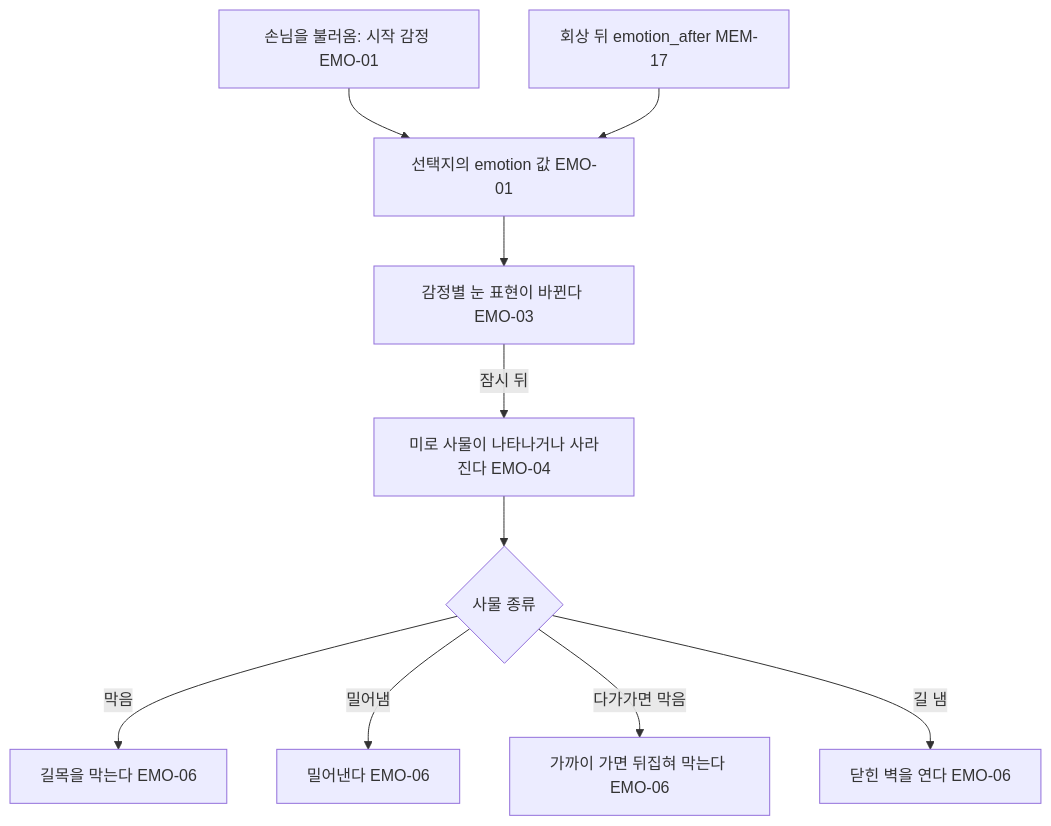
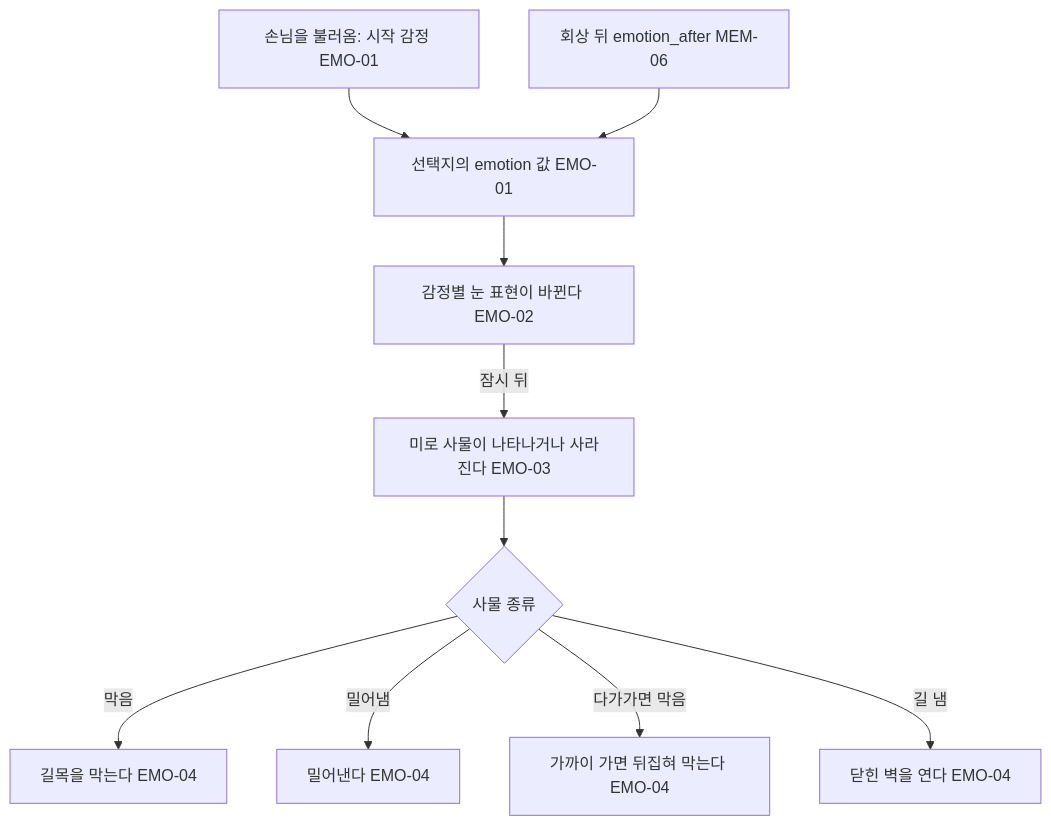
The diagram in docs/specs/emotion-maze.md (xpaklove12-lang/Corner1), drawn with Mermaid before and after one commit. The commit also changed other lines of this file and 9 other files, not shown here.

````diff
--- a/docs/specs/emotion-maze.md
+++ b/docs/specs/emotion-maze.md
@@ -9,12 +9,12 @@
 ```mermaid
 flowchart TD
     A[손님을 불러옴: 시작 감정 EMO-01] --> B[선택지의 emotion 값 EMO-01]
-    R[회상 뒤 emotion_after MEM-17] --> B
-    B --> C[감정별 눈 표현이 바뀐다 EMO-03]
-    C -->|잠시 뒤| D[미로 사물이 나타나거나 사라진다 EMO-04]
+    R[회상 뒤 emotion_after MEM-06] --> B
+    B --> C[감정별 눈 표현이 바뀐다 EMO-02]
+    C -->|잠시 뒤| D[미로 사물이 나타나거나 사라진다 EMO-03]
     D --> E{사물 종류}
-    E -->|막음| F[길목을 막는다 EMO-06]
-    E -->|밀어냄| G[밀어낸다 EMO-06]
-    E -->|다가가면 막음| H[가까이 가면 뒤집혀 막는다 EMO-06]
-    E -->|길 냄| I[닫힌 벽을 연다 EMO-06]
+    E -->|막음| F[길목을 막는다 EMO-04]
+    E -->|밀어냄| G[밀어낸다 EMO-04]
+    E -->|다가가면 막음| H[가까이 가면 뒤집혀 막는다 EMO-04]
+    E -->|길 냄| I[닫힌 벽을 연다 EMO-04]
 ```
````
